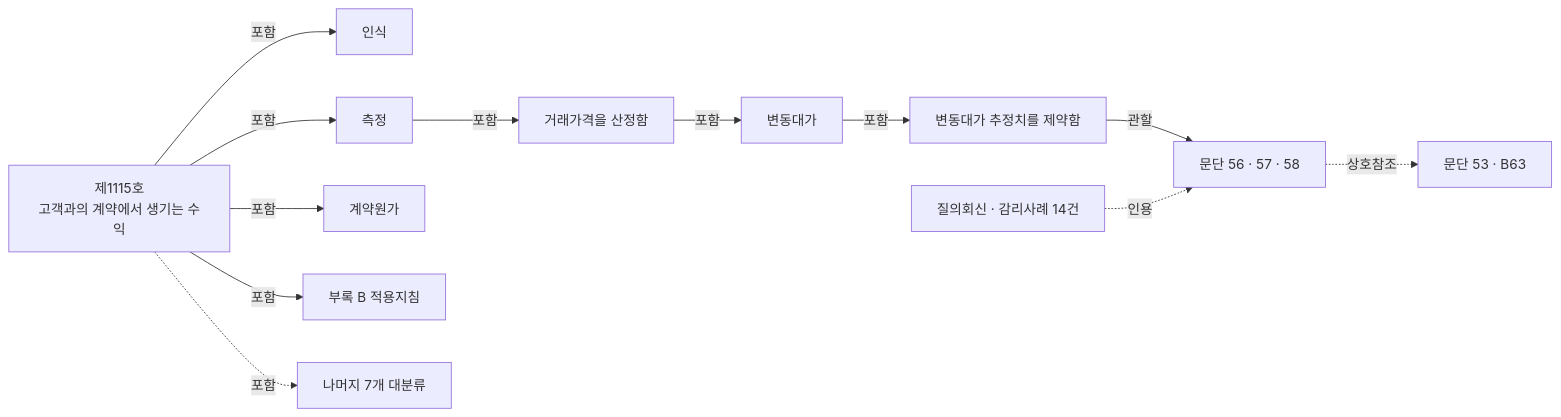
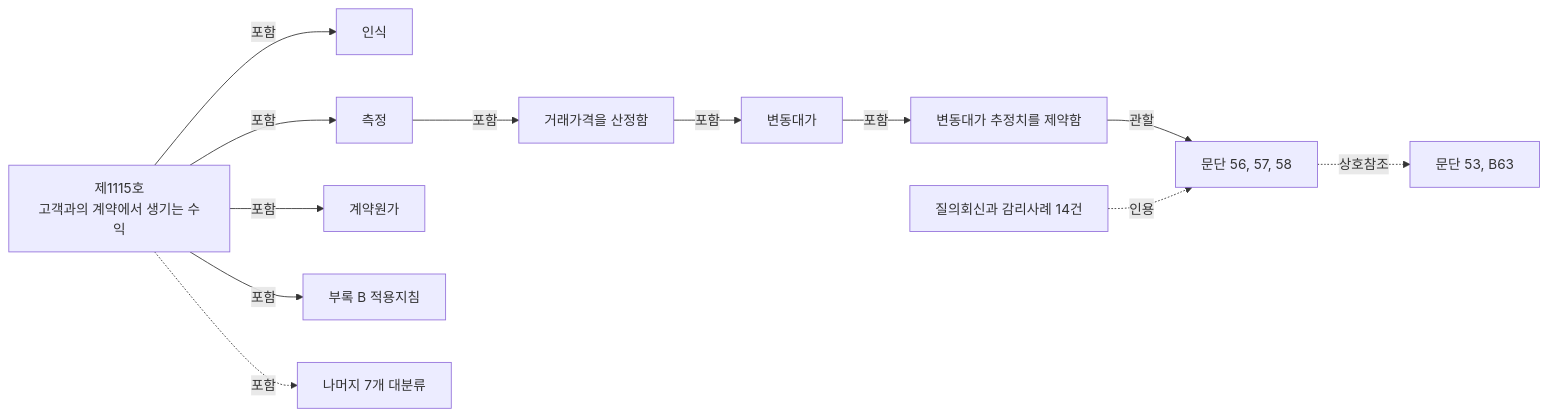
One commit to ghdtjrgns321-creator/k-ifrs-1115 changed the first of 3 diagrams in README.md. Above: the diagram before and after it, drawn with Mermaid. The commit also changed other lines of this file, not shown here.

````diff
--- a/README.md
+++ b/README.md
@@ -60,16 +60,16 @@
 ```mermaid
 graph LR
     R["제1115호<br/>고객과의 계약에서 생기는 수익"]
     R -->|포함| T3["인식"]
     R -->|포함| T4["측정"]
     R -->|포함| T5["계약원가"]
     R -->|포함| T8["부록 B 적용지침"]
     R -.->|포함| ETC["나머지 7개 대분류"]
 
     T4 -->|포함| M1["거래가격을 산정함"]
     M1 -->|포함| M2["변동대가"]
     M2 -->|포함| M3["변동대가 추정치를 제약함"]
-    M3 -->|관할| P["문단 56 · 57 · 58"]
-    P -.->|상호참조| P2["문단 53 · B63"]
-    S["질의회신 · 감리사례 14건"] -.->|인용| P
+    M3 -->|관할| P["문단 56, 57, 58"]
+    P -.->|상호참조| P2["문단 53, B63"]
+    S["질의회신과 감리사례 14건"] -.->|인용| P
 ```
````
